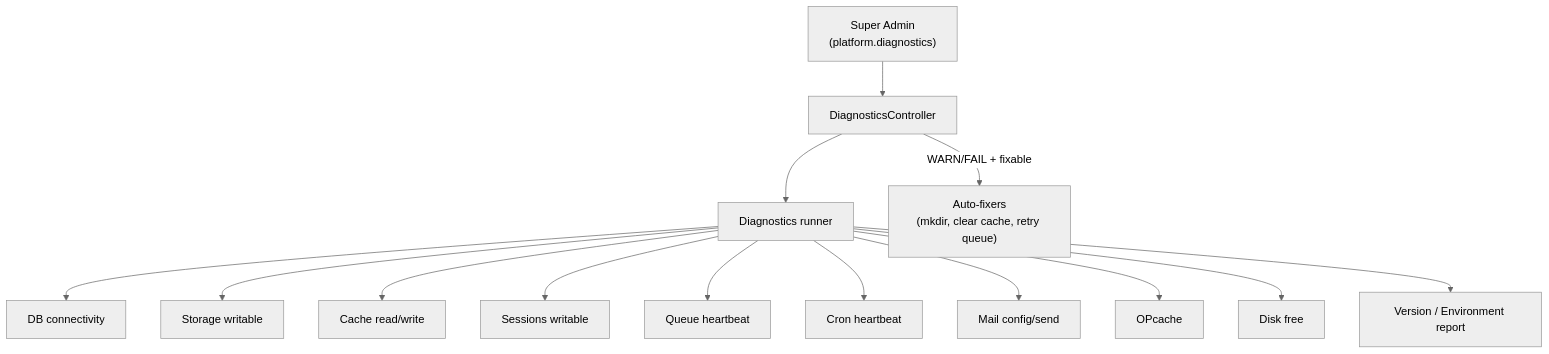
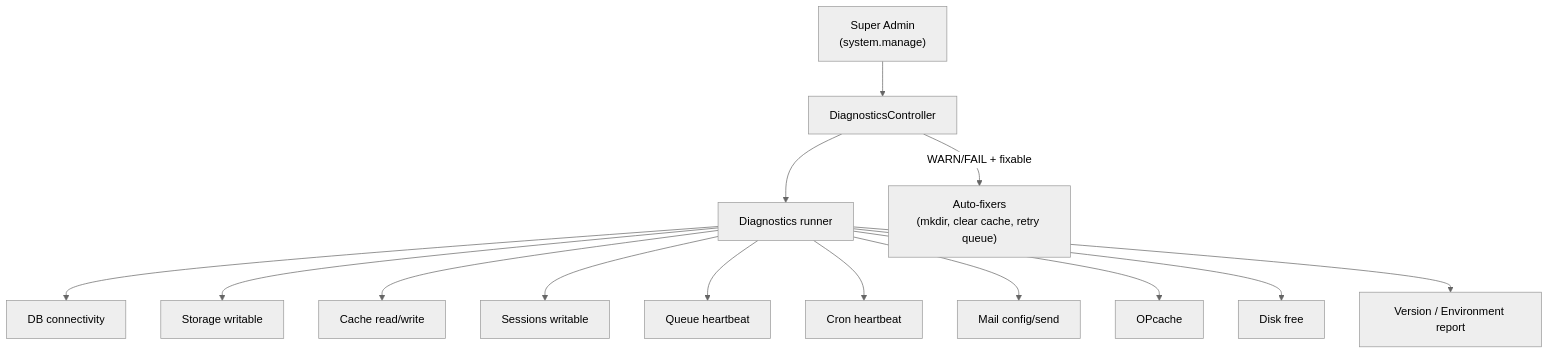
One commit to ammarnabileg/crm changed the first of 2 diagrams in docs/33-System-Diagnostics.md. Above: the diagram before and after it, drawn with Mermaid (neutral theme). The commit also changed other lines of this file and 26 other files, not shown here.

````diff
--- a/docs/33-System-Diagnostics.md
+++ b/docs/33-System-Diagnostics.md
@@ -43,16 +43,16 @@
 ```mermaid
 flowchart TD
-    Admin["Super Admin\n(platform.diagnostics)"] --> Ctrl["DiagnosticsController"]
+    Admin["Super Admin\n(system.manage)"] --> Ctrl["DiagnosticsController"]
     Ctrl --> Runner["Diagnostics runner"]
     Runner --> C1["DB connectivity"]
     Runner --> C2["Storage writable"]
     Runner --> C3["Cache read/write"]
     Runner --> C4["Sessions writable"]
     Runner --> C5["Queue heartbeat"]
     Runner --> C6["Cron heartbeat"]
     Runner --> C7["Mail config/send"]
     Runner --> C8["OPcache"]
     Runner --> C9["Disk free"]
     Runner --> Report["Version / Environment report"]
     Ctrl -->|"WARN/FAIL + fixable"| Fix["Auto-fixers\n(mkdir, clear cache, retry queue)"]
 ```
````
